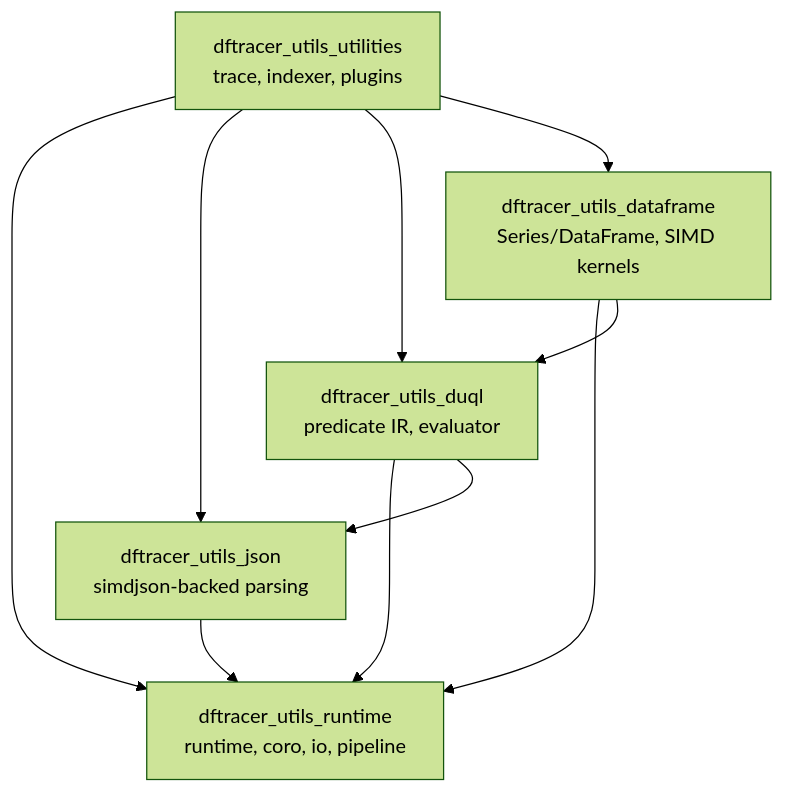
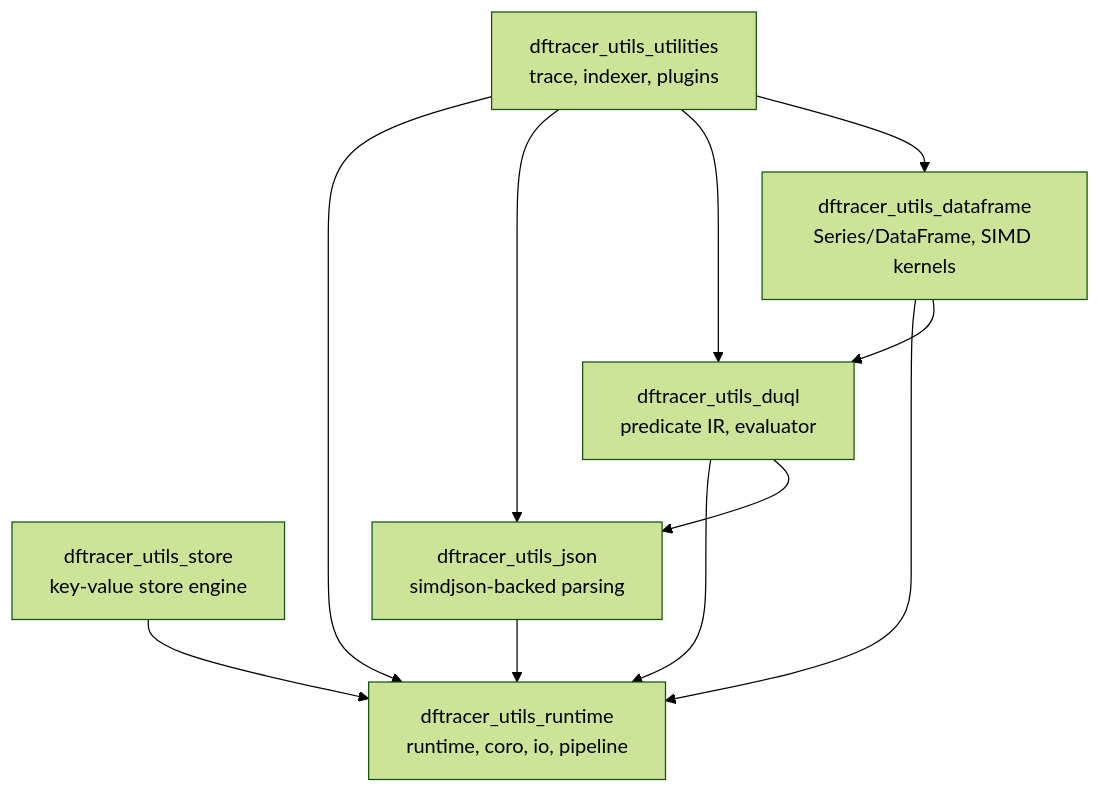
One commit to llnl-asr/dftracer-utils changed the first of 2 diagrams in docs/source/concepts/architecture.rst. Above: the diagram before and after it, drawn with Mermaid (forest theme). The commit also changed other lines of this file and 77 other files, not shown here.

Commit message:
refactor(store): move the store engine into its own library

```diff
--- a/docs/source/concepts/architecture.rst
+++ b/docs/source/concepts/architecture.rst
@@ -40,17 +43,19 @@
 .. mermaid::
 
    graph TB
        Runtime["dftracer_utils_runtime<br/>runtime, coro, io, pipeline"]
+       Store["dftracer_utils_store<br/>key-value store engine"]
        Json["dftracer_utils_json<br/>simdjson-backed parsing"]
        Query["dftracer_utils_duql<br/>predicate IR, evaluator"]
        DF["dftracer_utils_dataframe<br/>Series/DataFrame, SIMD kernels"]
        Util["dftracer_utils_utilities<br/>trace, indexer, plugins"]
+       Store --> Runtime
        Json --> Runtime
        Query --> Runtime
        Query --> Json
        DF --> Runtime
        DF --> Query
        Util --> Runtime
        Util --> Json
        Util --> Query
        Util --> DF
```
